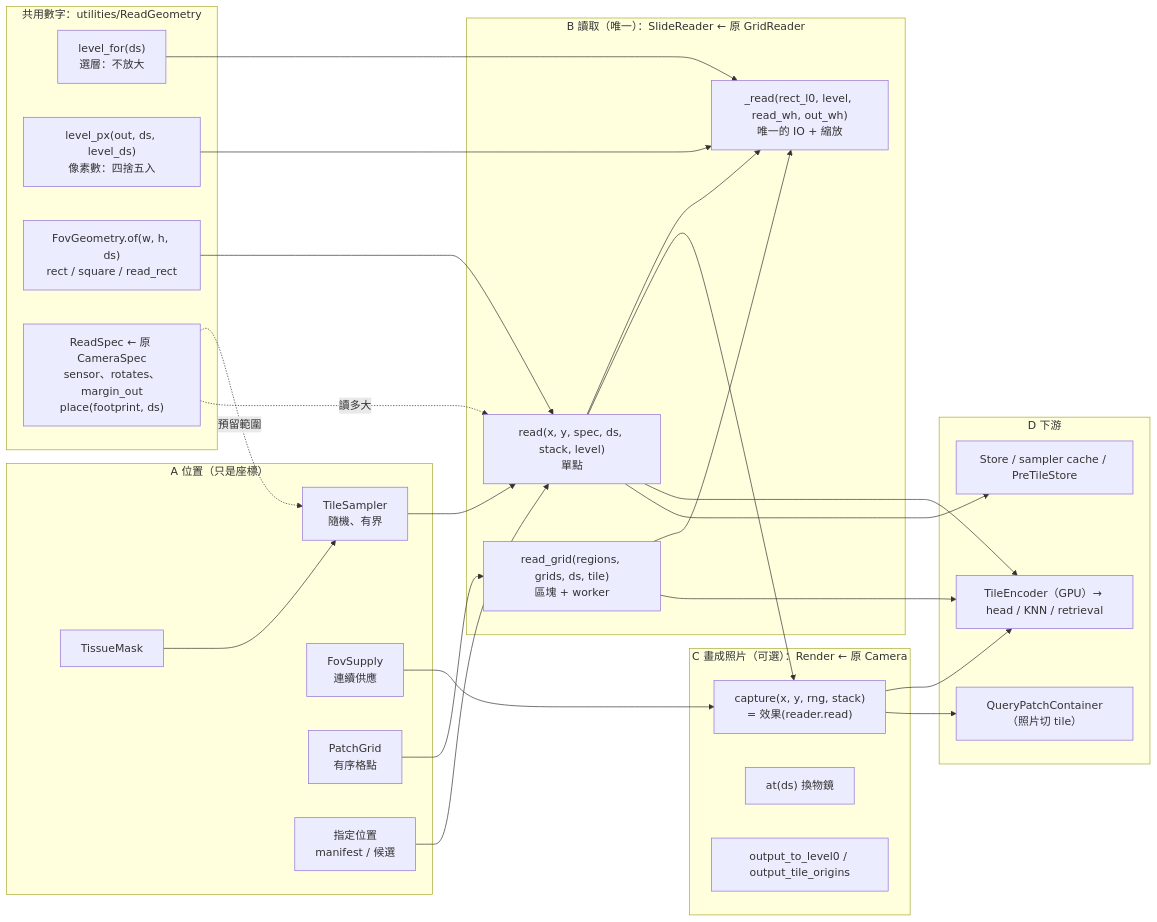
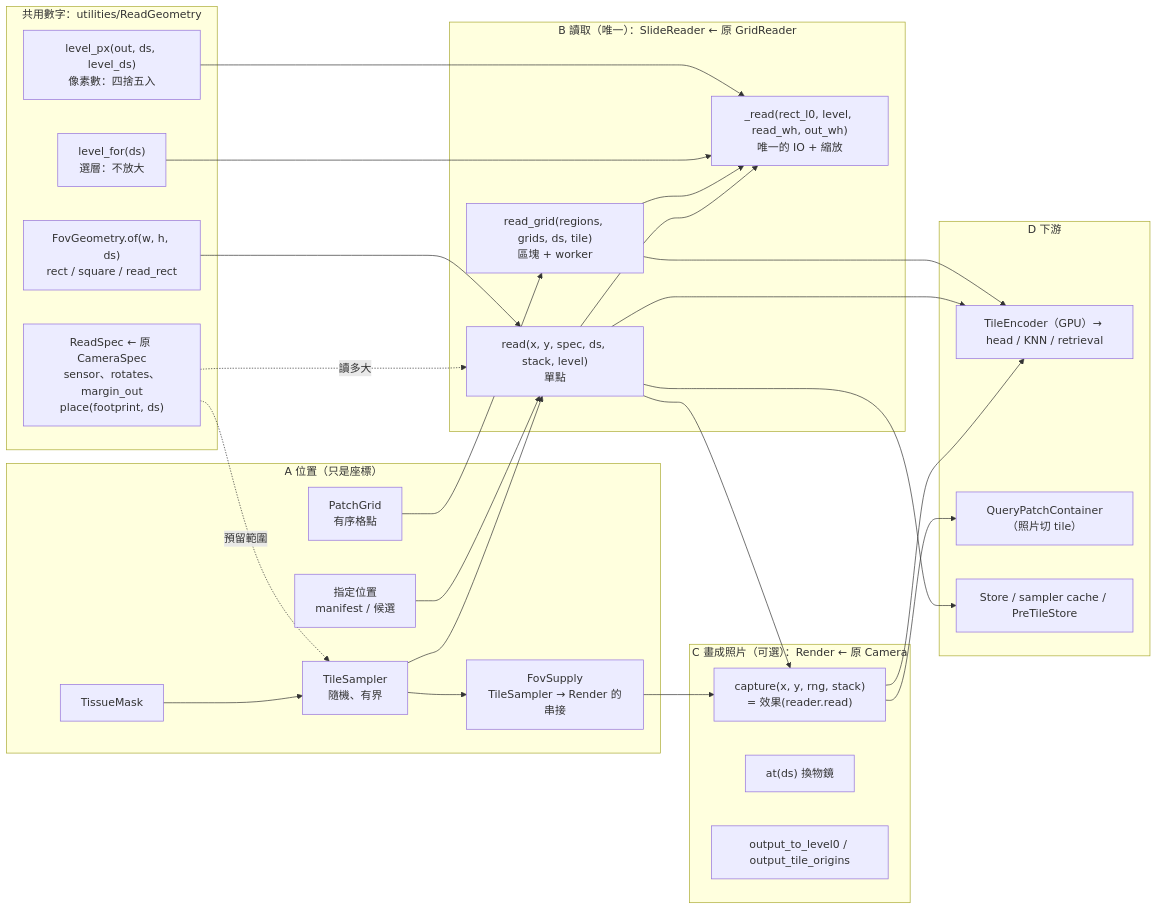
One commit to Avanti-MH/LocaScope changed the diagram in ARCHITECTURE.md. Above: the diagram before and after it, drawn with Mermaid. The commit also changed other lines of this file and 31 other files, not shown here.

````diff
--- a/ARCHITECTURE.md
+++ b/ARCHITECTURE.md
@@ -43,52 +44,53 @@
 ```mermaid
 flowchart LR
   subgraph G["共用數字：utilities/ReadGeometry"]
     LF["level_for(ds)<br/>選層：不放大"]
     LP["level_px(out, ds, level_ds)<br/>像素數：四捨五入"]
     FG["FovGeometry.of(w, h, ds)<br/>rect / square / read_rect"]
     RS["ReadSpec ← 原 CameraSpec<br/>sensor、rotates、margin_out<br/>place(footprint, ds)"]
   end
 
   subgraph A["A 位置（只是座標）"]
     TM["TissueMask"] --> TS["TileSampler<br/>隨機、有界"]
-    FS["FovSupply<br/>連續供應"]
+    FS["FovSupply<br/>TileSampler → Render 的串接"]
     PG["PatchGrid<br/>有序格點"]
     GV["指定位置<br/>manifest / 候選"]
   end
 
   subgraph B["B 讀取（唯一）：SlideReader ← 原 GridReader"]
     RD["read(x, y, spec, ds, stack, level)<br/>單點"]
     RG["read_grid(regions, grids, ds, tile)<br/>區塊 + worker"]
     PR["_read(rect_l0, level, read_wh, out_wh)<br/>唯一的 IO + 縮放"]
     RD --> PR
     RG --> PR
   end
 
   subgraph C["C 畫成照片（可選）：Render ← 原 Camera"]
     CP["capture(x, y, rng, stack)<br/>= 效果(reader.read)"]
     AT["at(ds) 換物鏡"]
     GT["output_to_level0 / output_tile_origins"]
   end
 
   subgraph D["D 下游"]
     EN["TileEncoder（GPU）→ head / KNN / retrieval"]
     QP["QueryPatchContainer（照片切 tile）"]
     ST["Store / sampler cache / PreTileStore"]
   end
 
   RS -. 預留範圍 .-> TS
   RS -. 讀多大 .-> RD
   LF --> PR
   LP --> PR
   FG --> RD
   TS --> RD
+  TS --> FS
   FS --> CP
   GV --> RD
   PG --> RG
   RD --> CP
   CP --> EN
   CP --> QP
   RD --> EN
   RD --> ST
   RG --> EN
 ```
````
